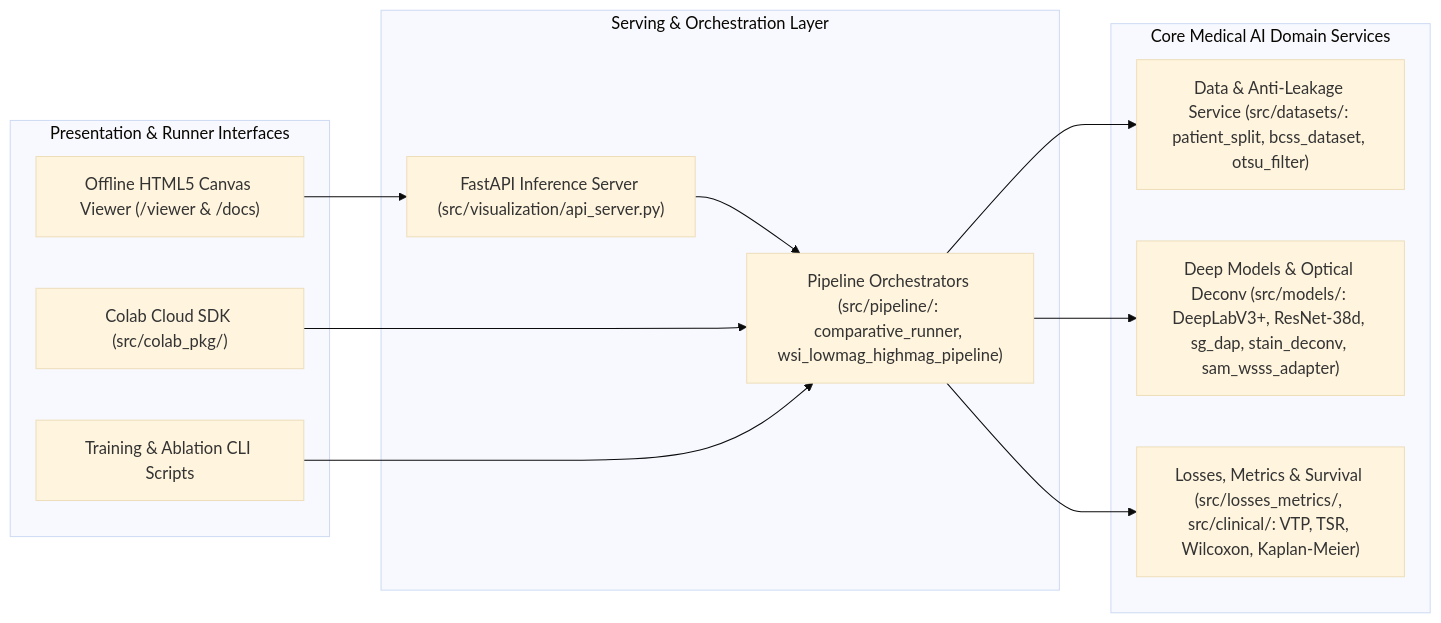
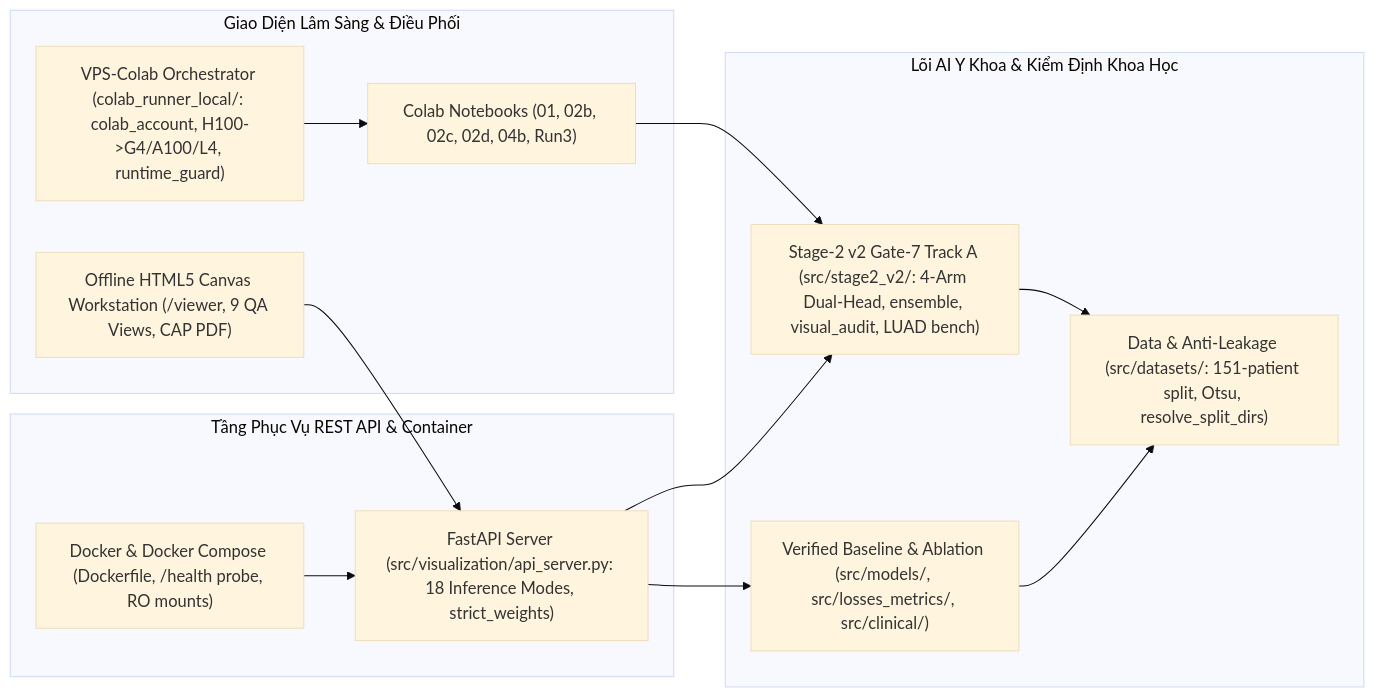
Before and after one commit to khoinguyen59/medical-wsss: the diagram in README.md, drawn with Mermaid (base theme). The commit also changed other lines of this file and 10 other files, not shown here.

Commit message:
docs(wave2b): finalize Gate-7 report, 19 B&W slides, README, data specs & D10 GT=0 audit

````diff
--- a/README.md
+++ b/README.md
@@ -92,27 +94,28 @@
 ```mermaid
 flowchart LR
-    subgraph Client_Layer ["Presentation & Runner Interfaces"]
-        UI["Offline HTML5 Canvas Viewer (/viewer & /docs)"]
-        COLAB["Colab Cloud SDK (src/colab_pkg/)"]
-        CLI["Training & Ablation CLI Scripts"]
+    subgraph Client_Layer ["Giao Diện Lâm Sàng & Điều Phối"]
+        UI["Offline HTML5 Canvas Workstation (/viewer, 9 QA Views, CAP PDF)"]
+        NB["Colab Notebooks (01, 02b, 02c, 02d, 04b, Run3)"]
+        VPS["VPS-Colab Orchestrator (colab_runner_local/: colab_account, H100->G4/A100/L4, runtime_guard)"]
     end
 
-    subgraph API_Layer ["Serving & Orchestration Layer"]
-        FAST["FastAPI Inference Server (src/visualization/api_server.py)"]
-        PIPE["Pipeline Orchestrators (src/pipeline/: comparative_runner, wsi_lowmag_highmag_pipeline)"]
+    subgraph Serving_Layer ["Tầng Phục Vụ REST API & Container"]
+        FAST["FastAPI Server (src/visualization/api_server.py: 18 Inference Modes, strict_weights)"]
+        DOCK["Docker & Docker Compose (Dockerfile, /health probe, RO mounts)"]
     end
 
-    subgraph Domain_Layer ["Core Medical AI Domain Services"]
-        DATA["Data & Anti-Leakage Service (src/datasets/: patient_split, bcss_dataset, otsu_filter)"]
-        MOD["Deep Models & Optical Deconv (src/models/: DeepLabV3+, ResNet-38d, sg_dap, stain_deconv, sam_wsss_adapter)"]
-        LOSS["Losses, Metrics & Survival (src/losses_metrics/, src/clinical/: VTP, TSR, Wilcoxon, Kaplan-Meier)"]
+    subgraph Domain_Layer ["Lõi AI Y Khoa & Kiểm Định Khoa Học"]
+        DATA["Data & Anti-Leakage (src/datasets/: 151-patient split, Otsu, resolve_split_dirs)"]
+        G7["Stage-2 v2 Gate-7 Track A (src/stage2_v2/: 4-Arm Dual-Head, ensemble, visual_audit, LUAD bench)"]
+        BASE["Verified Baseline & Ablation (src/models/, src/losses_metrics/, src/clinical/)"]
     end
 
     UI --> FAST
-    FAST --> PIPE
-    COLAB --> PIPE
-    CLI --> PIPE
-    PIPE --> DATA
-    PIPE --> MOD
-    PIPE --> LOSS
+    DOCK --> FAST
+    NB --> G7
+    VPS --> NB
+    FAST --> G7
+    FAST --> BASE
+    G7 --> DATA
+    BASE --> DATA
 ```
````
